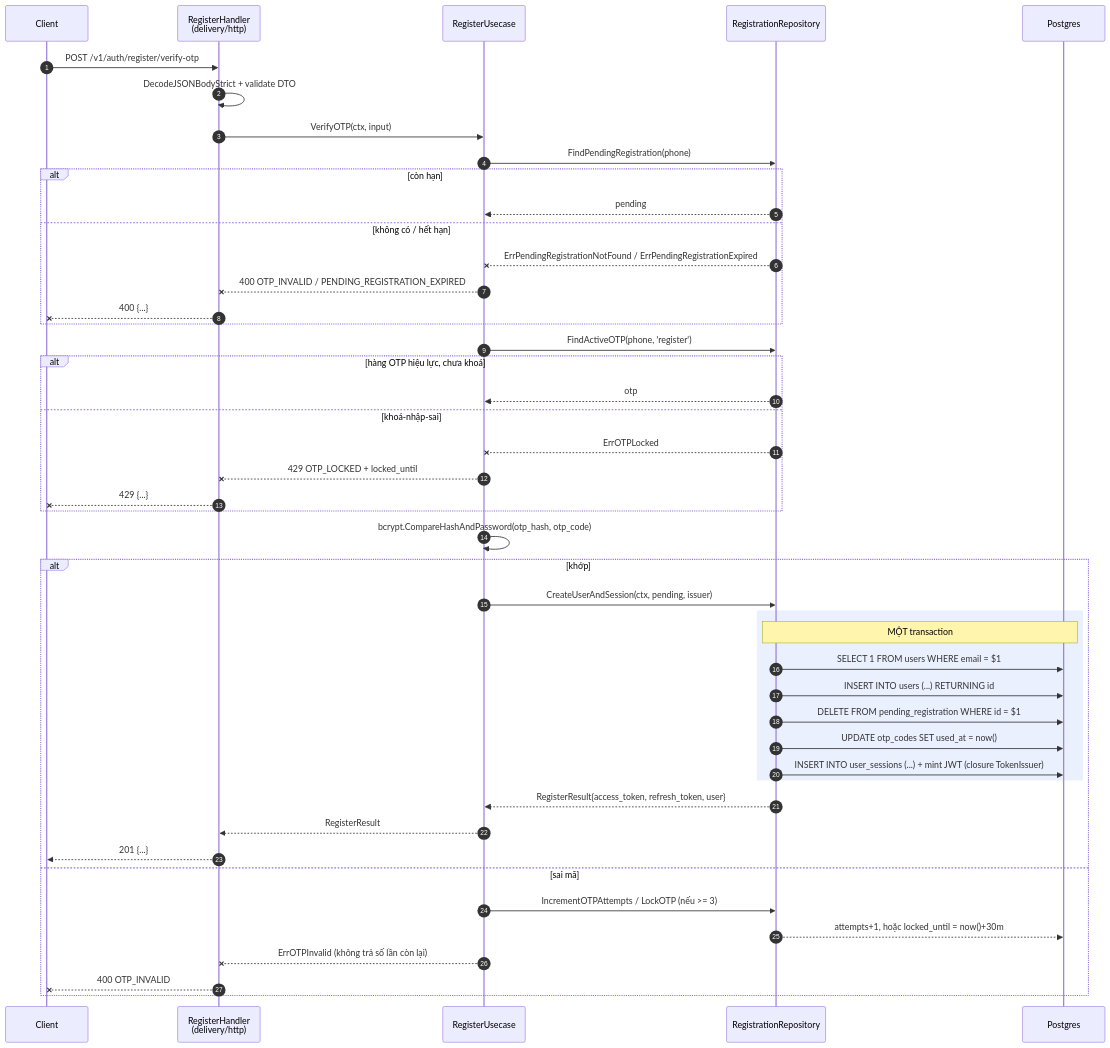
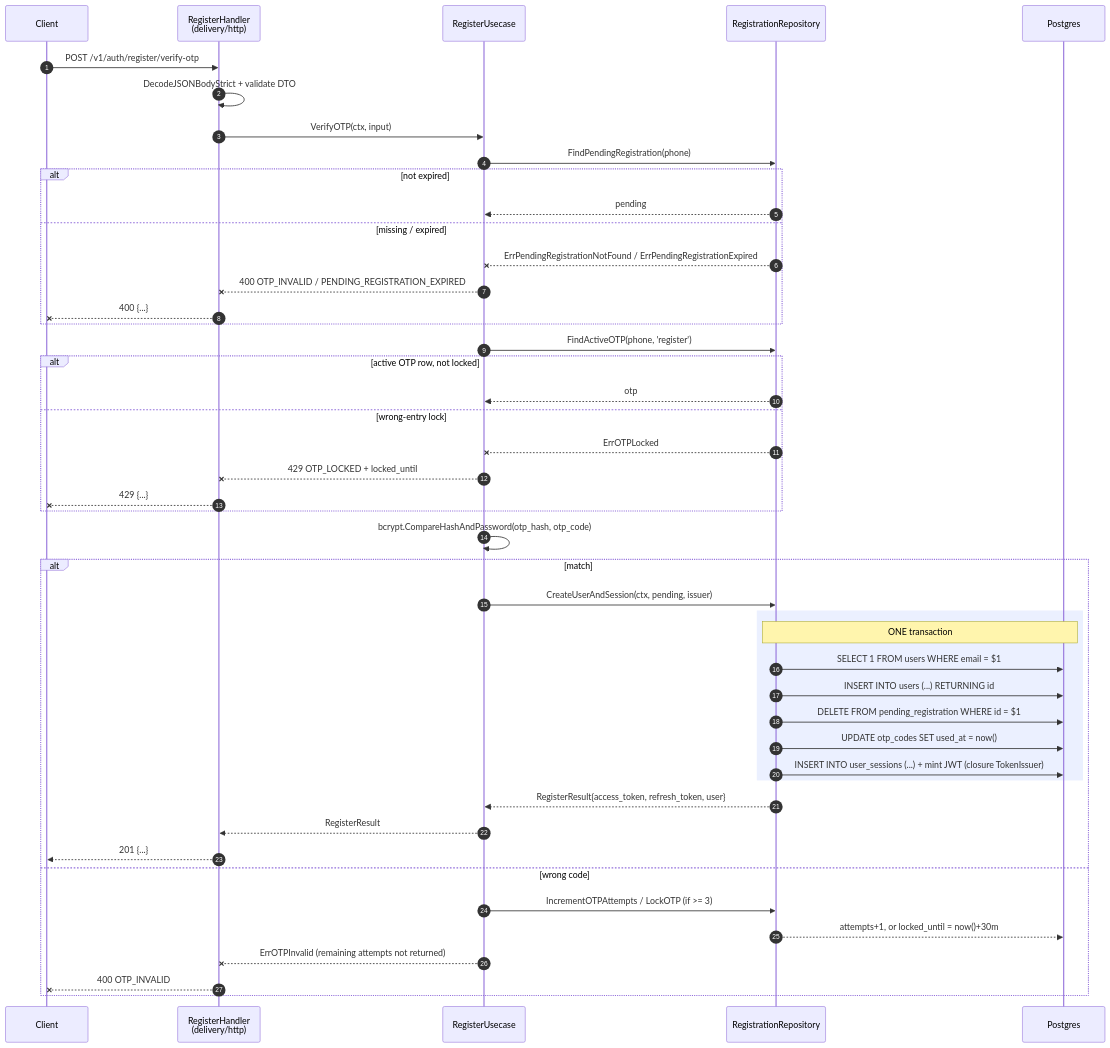
The sixth of 6 diagrams in .claude/skills/spec-writer/references/flow_diagram.md (chjpcojit/innerlamp-be), drawn with Mermaid before and after one commit. The commit also changed other lines of this file and 7 other files, not shown here.

````diff
--- a/.claude/skills/spec-writer/references/flow_diagram.md
+++ b/.claude/skills/spec-writer/references/flow_diagram.md
@@ -154,52 +162,52 @@
 ```mermaid
 sequenceDiagram
     autonumber
     participant C as Client
     participant H as RegisterHandler<br/>(delivery/http)
     participant U as RegisterUsecase
     participant R as RegistrationRepository
     participant DB as Postgres
 
     C->>H: POST /v1/auth/register/verify-otp
     H->>H: DecodeJSONBodyStrict + validate DTO
     H->>U: VerifyOTP(ctx, input)
 
     U->>R: FindPendingRegistration(phone)
-    alt còn hạn
+    alt not expired
         R-->>U: pending
-    else không có / hết hạn
+    else missing / expired
         R--xU: ErrPendingRegistrationNotFound / ErrPendingRegistrationExpired
         U--xH: 400 OTP_INVALID / PENDING_REGISTRATION_EXPIRED
         H--xC: 400 {...}
     end
 
     U->>R: FindActiveOTP(phone, 'register')
-    alt hàng OTP hiệu lực, chưa khoá
+    alt active OTP row, not locked
         R-->>U: otp
-    else khoá-nhập-sai
+    else wrong-entry lock
         R--xU: ErrOTPLocked
         U--xH: 429 OTP_LOCKED + locked_until
         H--xC: 429 {...}
     end
 
     U->>U: bcrypt.CompareHashAndPassword(otp_hash, otp_code)
-    alt khớp
+    alt match
         U->>R: CreateUserAndSession(ctx, pending, issuer)
         rect rgb(235, 240, 255)
-            Note over R,DB: MỘT transaction
+            Note over R,DB: ONE transaction
             R->>DB: SELECT 1 FROM users WHERE email = $1
             R->>DB: INSERT INTO users (...) RETURNING id
             R->>DB: DELETE FROM pending_registration WHERE id = $1
             R->>DB: UPDATE otp_codes SET used_at = now()
             R->>DB: INSERT INTO user_sessions (...) + mint JWT (closure TokenIssuer)
         end
         R-->>U: RegisterResult{access_token, refresh_token, user}
         U-->>H: RegisterResult
         H-->>C: 201 {...}
-    else sai mã
-        U->>R: IncrementOTPAttempts / LockOTP (nếu >= 3)
-        R-->>DB: attempts+1, hoặc locked_until = now()+30m
-        U--xH: ErrOTPInvalid (không trả số lần còn lại)
+    else wrong code
+        U->>R: IncrementOTPAttempts / LockOTP (if >= 3)
+        R-->>DB: attempts+1, or locked_until = now()+30m
+        U--xH: ErrOTPInvalid (remaining attempts not returned)
         H--xC: 400 OTP_INVALID
     end
 ```
````
